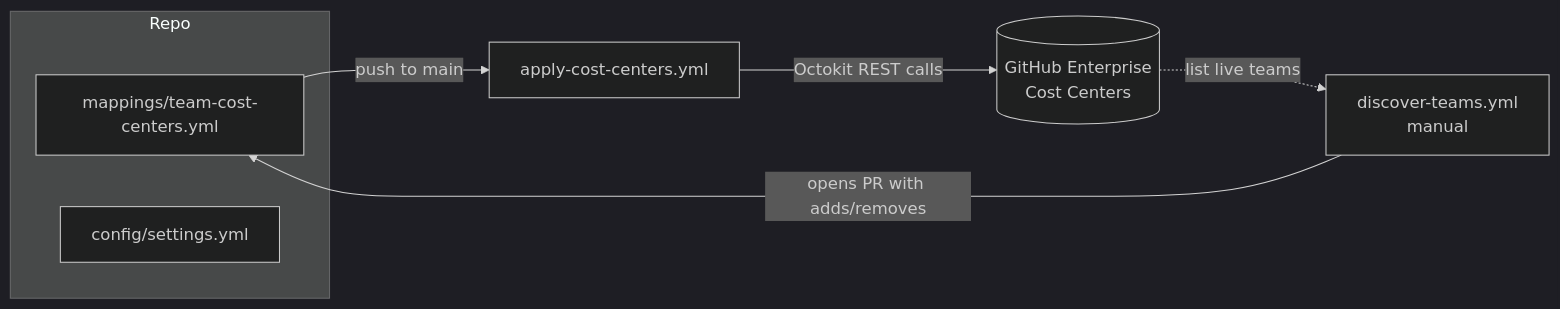
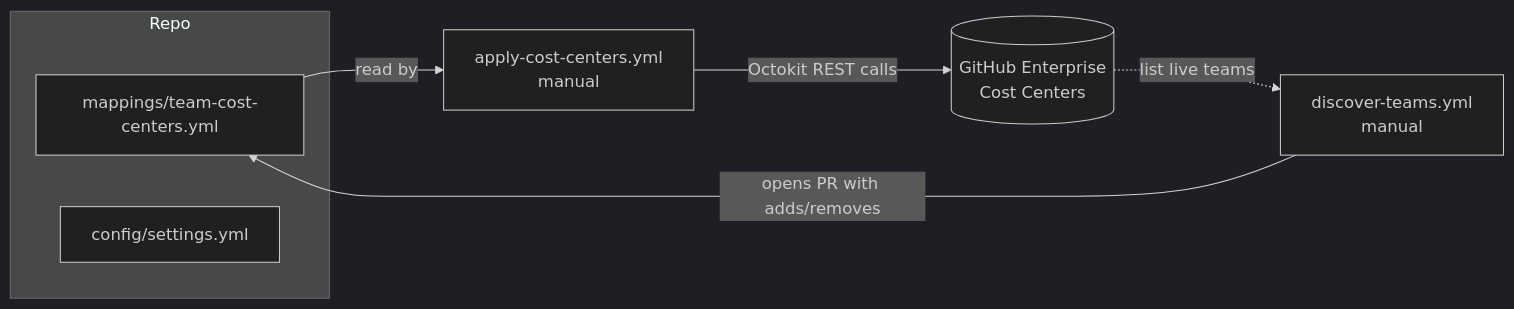
One commit to orgorgorgorgorg1/github-cost-center-automation-rdw changed the diagram in README.md. Above: the diagram before and after it, drawn with Mermaid (dark theme). The commit also changed other lines of this file and 1 other file, not shown here.

Commit message:
change dispatch trigger

````diff
--- a/README.md
+++ b/README.md
@@ -9,12 +9,12 @@
 ```mermaid
 flowchart LR
     subgraph Repo
         M[mappings/team-cost-centers.yml]
         S[config/settings.yml]
     end
 
     D[discover-teams.yml<br/>manual] -->|opens PR with adds/removes| M
-    M -->|push to main| A[apply-cost-centers.yml]
+    M -->|read by| A[apply-cost-centers.yml<br/>manual]
     A -->|Octokit REST calls| GH[(GitHub Enterprise<br/>Cost Centers)]
     GH -.->|list live teams| D
 ```
````
